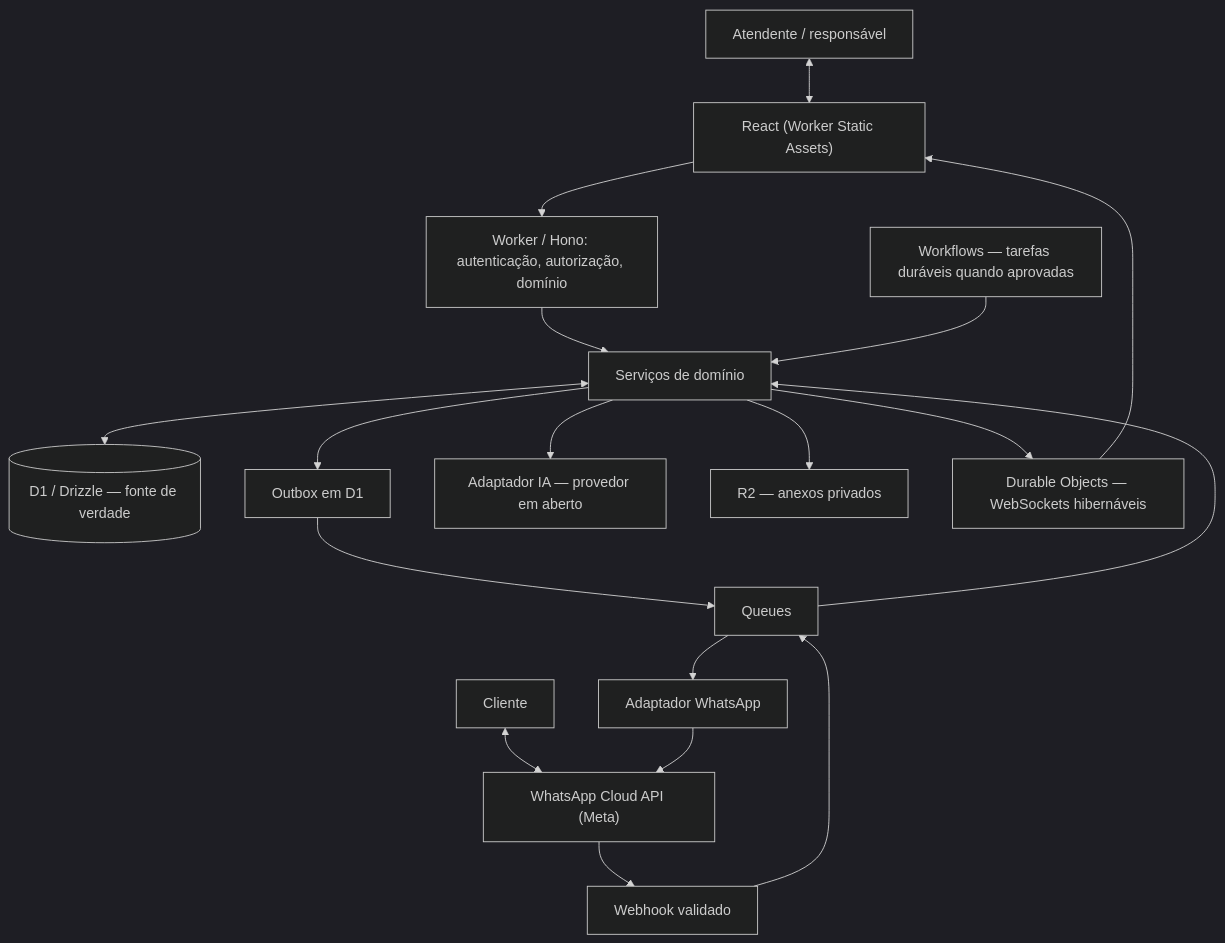
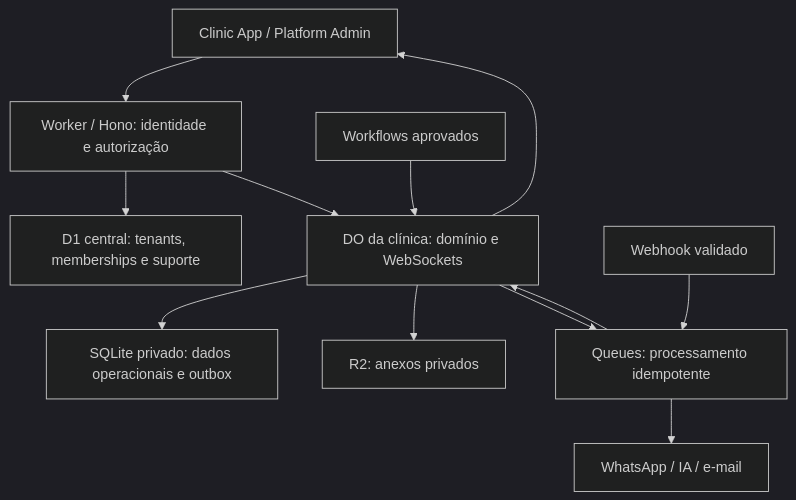
The diagram in docs/architecture/overview.md (intentzero/tredane), drawn with Mermaid (dark theme) before and after one commit. The commit also changed other lines of this file and 19 other files, not shown here.

Commit message:
docs: adotar SQLite por clínica no Durable Object (DEC-038)

````diff
--- a/docs/architecture/overview.md
+++ b/docs/architecture/overview.md
@@ -11,20 +11,14 @@
 ```mermaid
 flowchart TD
-  Human["Atendente / responsável"] <--> UI["React (Worker Static Assets)"]
-  Customer["Cliente"] <--> Meta["WhatsApp Cloud API (Meta)"]
-  UI --> API["Worker / Hono: autenticação, autorização, domínio"]
-  Meta --> Hooks["Webhook validado"]
-  Hooks --> Queue["Queues"]
-  Queue --> Domain["Serviços de domínio"]
-  API --> Domain
-  Domain <--> DB[("D1 / Drizzle — fonte de verdade")]
-  Domain --> Outbox["Outbox em D1"]
-  Outbox --> Queue
-  Queue --> Sender["Adaptador WhatsApp"]
-  Sender --> Meta
-  Domain --> AI["Adaptador IA — provedor em aberto"]
-  Domain --> R2["R2 — anexos privados"]
-  Domain --> DO["Durable Objects — WebSockets hibernáveis"]
+  UI["Clinic App / Platform Admin"] --> API["Worker / Hono: identidade e autorização"]
+  API --> D1["D1 central: tenants, memberships e suporte"]
+  API --> DO["DO da clínica: domínio e WebSockets"]
+  DO --> SQL["SQLite privado: dados operacionais e outbox"]
   DO --> UI
-  Work["Workflows — tarefas duráveis quando aprovadas"] --> Domain
+  DO --> R2["R2: anexos privados"]
+  Hooks["Webhook validado"] --> Q["Queues: processamento idempotente"]
+  Q --> DO
+  DO --> Q
+  Q --> Ext["WhatsApp / IA / e-mail"]
+  Work["Workflows aprovados"] --> DO
 ```
````
